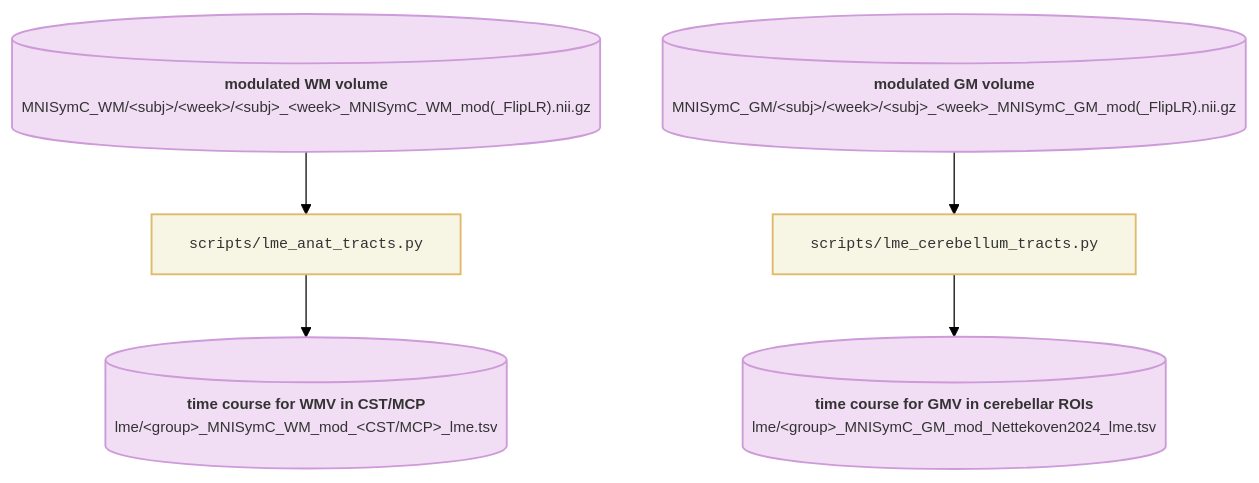
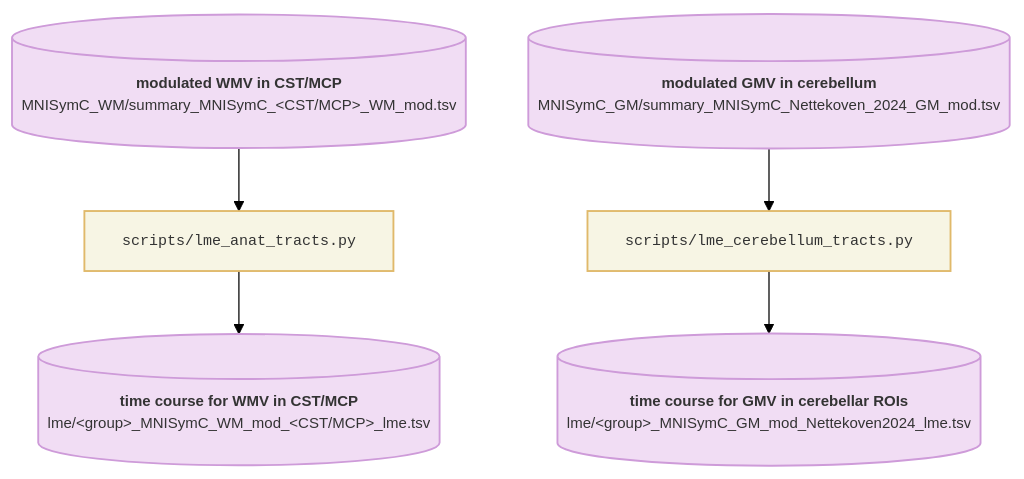
One commit to medhakp/smarts_cerebellum changed the third of 4 diagrams in README.md. Above: the diagram before and after it, drawn with Mermaid (forest theme). The commit also changed other lines of this file, not shown here.

````diff
--- a/README.md
+++ b/README.md
@@ -127,21 +128,22 @@
 ```mermaid
 ---
 config:
-  layout: fixed
+ layout: fixed
 ---
 flowchart TB
-    C[("<b>modulated WM volume</b><br>MNISymC_WM/ﬂ°°60¶ßsubjﬂ°°62¶ß/ﬂ°°60¶ßweekﬂ°°62¶ß/ﬂ°°60¶ßsubjﬂ°°62¶ß_ﬂ°°60¶ßweekﬂ°°62¶ß_MNISymC_WM_mod(_FlipLR).nii.gz")] --> P1["scripts/lme_anat_tracts.py"]
-    P1 --> D[("<b>time course for WMV in CST/MCP<br></b>lme/ﬂ°°60¶ßgroupﬂ°°62¶ß_MNISymC_WM_mod_ﬂ°°60¶ßCST/MCPﬂ°°62¶ß_lme.tsv")]
-    n1[("<b>modulated GM volume</b><br>MNISymC_GM/ﬂ°°60¶ßsubjﬂ°°62¶ß/ﬂ°°60¶ßweekﬂ°°62¶ß/ﬂ°°60¶ßsubjﬂ°°62¶ß_ﬂ°°60¶ßweekﬂ°°62¶ß_MNISymC_GM_mod(_FlipLR).nii.gz")] --> n2["scripts/lme_cerebellum_tracts.py"]
-    n2 --> n3[("<b>time course for GMV in cerebellar ROIs<br></b>lme/ﬂ°°60¶ßgroupﬂ°°62¶ß_MNISymC_GM_mod_Nettekoven2024_lme.tsv")]
+   C[("<b>modulated WMV in CST/MCP</b><br>MNISymC_WM/summary_MNISymC_ﬂ°°60¶ßCST/MCPﬂ°°62¶ß_WM_mod.tsv")] --> P1["scripts/lme_anat_tracts.py"]
+   P1 --> D[("<b>time course for WMV in CST/MCP<br></b>lme/ﬂ°°60¶ßgroupﬂ°°62¶ß_MNISymC_WM_mod_ﬂ°°60¶ßCST/MCPﬂ°°62¶ß_lme.tsv")]
+   n1[("<b>modulated GMV in cerebellum</b><br>MNISymC_GM/summary_MNISymC_Nettekoven_2024_GM_mod.tsv")] --> n2["scripts/lme_cerebellum_tracts.py"]
+   n2 --> n3[("<b>time course for GMV in cerebellar ROIs<br></b>lme/ﬂ°°60¶ßgroupﬂ°°62¶ß_MNISymC_GM_mod_Nettekoven2024_lme.tsv")]
 
-    n2@{ shape: rect}
-     C:::templateNode
-     P1:::processNode
-     D:::templateNode
-     n1:::templateNode
-     n2:::processNode
-     n3:::templateNode
-    classDef templateNode fill:#f1ddf4,stroke:#ce9bd9,stroke-width:1.5px,color:#333,font-family:Arial,font-size:12px
-    classDef processNode fill:#f7f5e4,stroke:#e0b96a,stroke-width:1.5px,color:#333,font-family:monospace,font-size:12px
+
+   n2@{ shape: rect}
+    C:::templateNode
+    P1:::processNode
+    D:::templateNode
+    n1:::templateNode
+    n2:::processNode
+    n3:::templateNode
+   classDef templateNode fill:#f1ddf4,stroke:#ce9bd9,stroke-width:1.5px,color:#333,font-family:Arial,font-size:12px
+   classDef processNode fill:#f7f5e4,stroke:#e0b96a,stroke-width:1.5px,color:#333,font-family:monospace,font-size:12px
 ```
````
